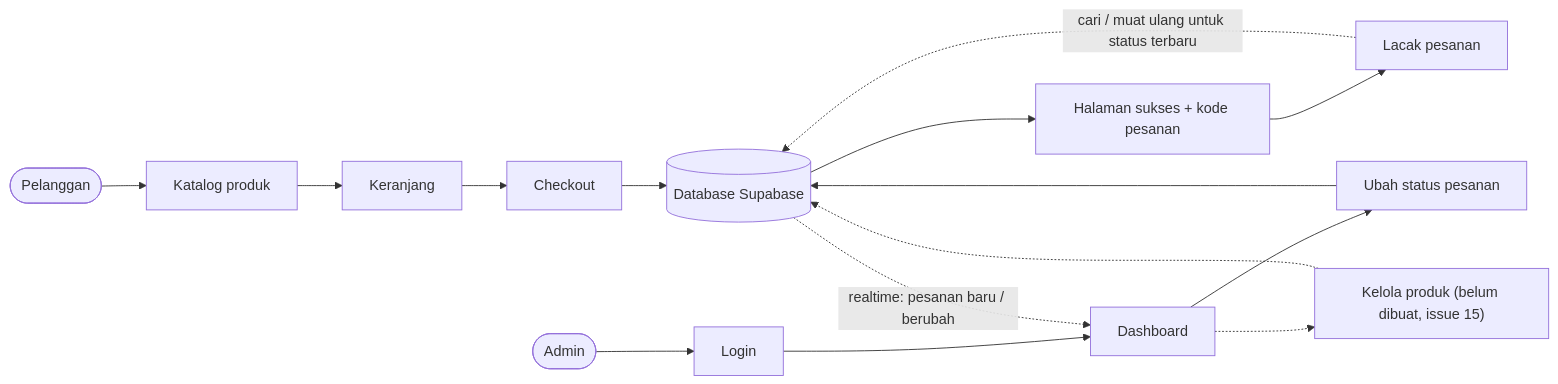
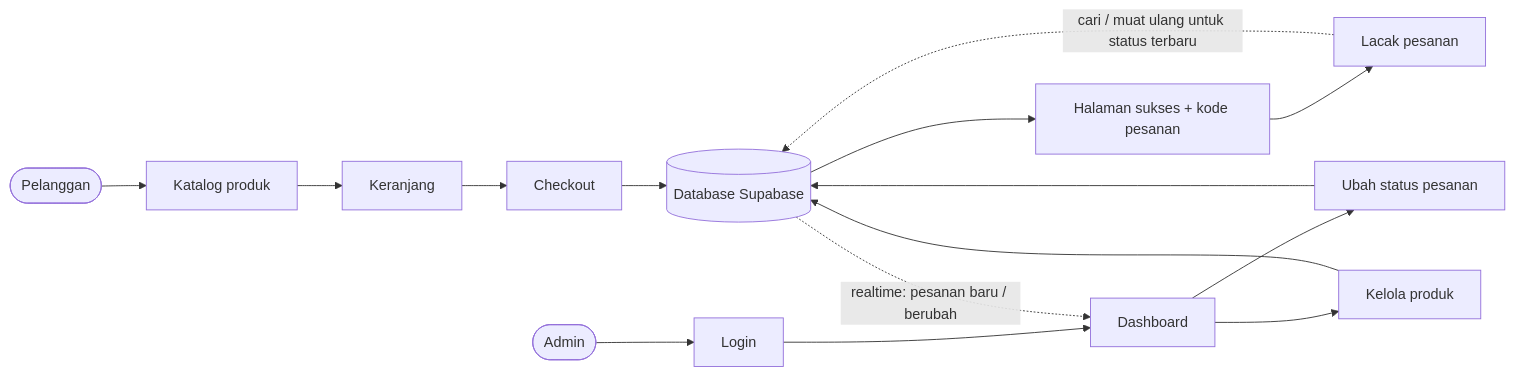
The first of 9 diagrams in docs/FLOWCHART.md (arikmhm/awm-fullstack), drawn with Mermaid before and after one commit. The commit also changed other lines of this file and 7 other files, not shown here.

Commit message:
docs: kelola produk di PRD, ERD, flowchart, user guide & prompt log (Closes #15)

````diff
--- a/docs/FLOWCHART.md
+++ b/docs/FLOWCHART.md
@@ -15,18 +15,18 @@
 ```mermaid
 flowchart LR
     P([Pelanggan]) --> K[Katalog produk]
     K --> C[Keranjang]
     C --> CO[Checkout]
     CO --> DB[(Database Supabase)]
     DB --> S[Halaman sukses + kode pesanan]
     S --> T[Lacak pesanan]
     T -. cari / muat ulang untuk status terbaru .-> DB
 
     A([Admin]) --> L[Login]
     L --> D[Dashboard]
     DB -. realtime: pesanan baru / berubah .-> D
     D --> US[Ubah status pesanan]
-    D -.-> KP["Kelola produk (belum dibuat, issue 15)"]
+    D --> KP[Kelola produk]
     US --> DB
-    KP -.-> DB
+    KP --> DB
 ```
````
